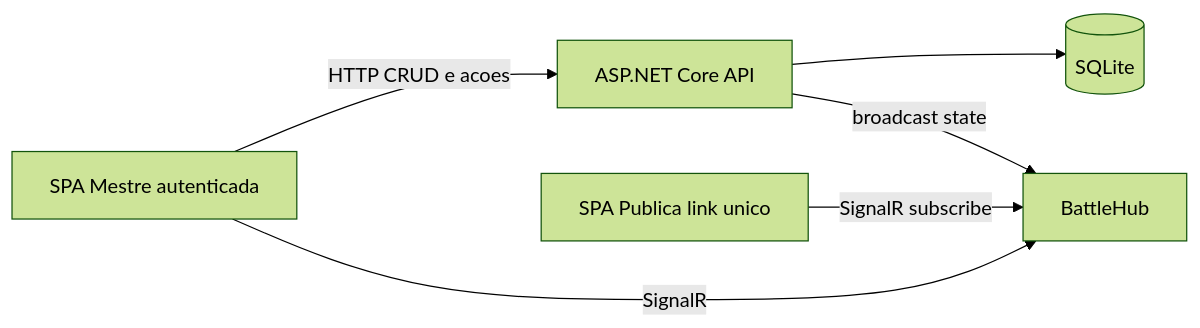
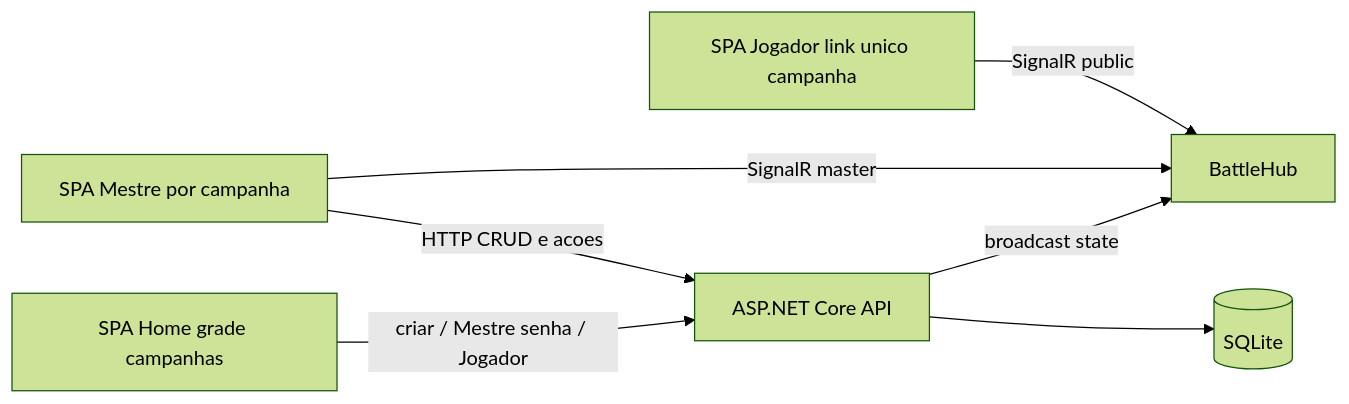
The diagram in docs/BACKLOG.md (GabOFern/Organizador_de_Iniciativas_para_RPG), drawn with Mermaid (forest theme) before and after one commit. The commit also changed other lines of this file and 60 other files, not shown here.

````diff
--- a/docs/BACKLOG.md
+++ b/docs/BACKLOG.md
@@ -115,8 +170,16 @@
 ```mermaid
 flowchart LR
-  Mestre[SPA Mestre autenticada] -->|HTTP CRUD e acoes| Api[ASP.NET Core API]
-  Mestre -->|SignalR| Hub[BattleHub]
-  Publico[SPA Publica link unico] -->|SignalR subscribe| Hub
-  Api --> Db[(SQLite)]
+  Home[SPA Home grade campanhas]
+  Mestre[SPA Mestre por campanha]
+  Publico[SPA Jogador link unico campanha]
+  Api[ASP.NET Core API]
+  Hub[BattleHub]
+  Db[(SQLite)]
+
+  Home -->|criar / Mestre senha / Jogador| Api
+  Mestre -->|HTTP CRUD e acoes| Api
+  Mestre -->|SignalR master| Hub
+  Publico -->|SignalR public| Hub
+  Api --> Db
   Api -->|broadcast state| Hub
 ```
````
